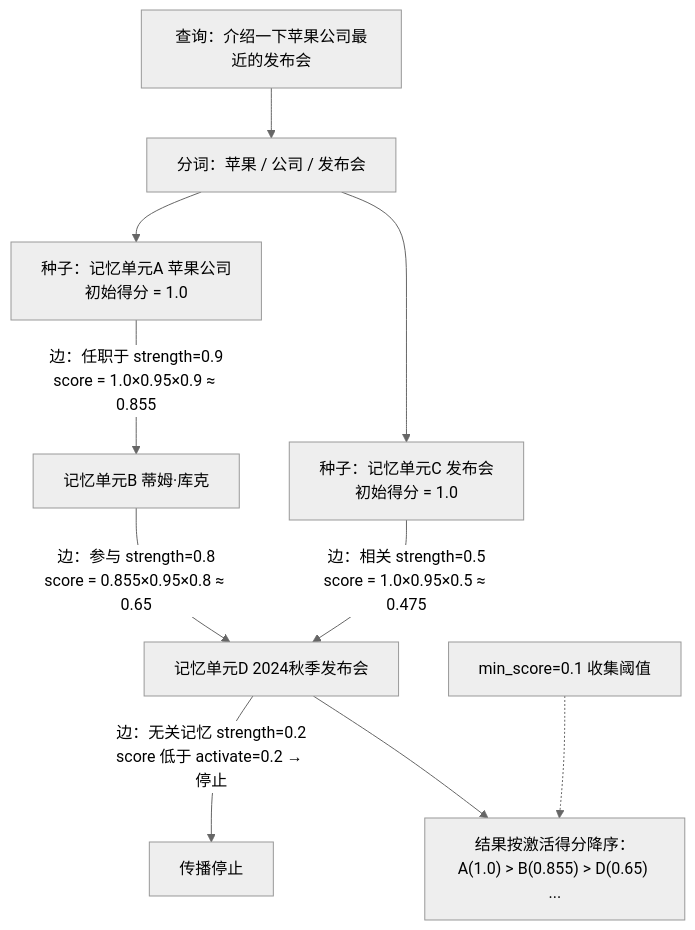
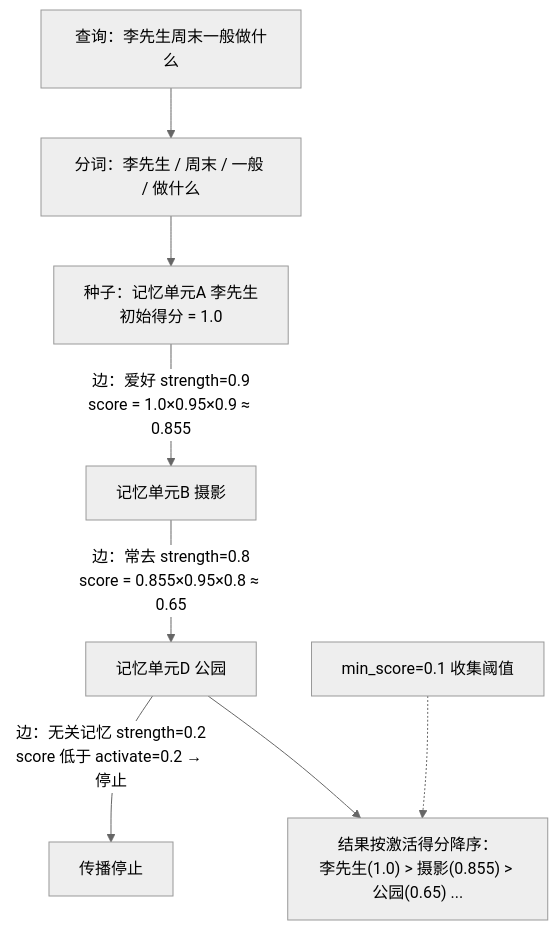
The third of 5 diagrams in .reasonix/patent/一种AI智能体仿生记忆装置和召回方法.md (agentic-data-ops/bionic-graph), drawn with Mermaid (neutral theme) before and after one commit. The commit also changed other lines of this file, not shown here.

````diff
--- a/.reasonix/patent/一种AI智能体仿生记忆装置和召回方法.md
+++ b/.reasonix/patent/一种AI智能体仿生记忆装置和召回方法.md
@@ -245,12 +245,10 @@
 ```mermaid
 flowchart TD
-    Q["查询：介绍一下苹果公司最近的发布会"] --> TK["分词：苹果 / 公司 / 发布会"]
-    TK --> S1["种子：记忆单元A 苹果公司<br/>初始得分 = 1.0"]
-    TK --> S2["种子：记忆单元C 发布会<br/>初始得分 = 1.0"]
-    S1 -- "边：任职于 strength=0.9<br/>score = 1.0×0.95×0.9 ≈ 0.855" --> B["记忆单元B 蒂姆·库克"]
-    B -- "边：参与 strength=0.8<br/>score = 0.855×0.95×0.8 ≈ 0.65" --> D["记忆单元D 2024秋季发布会"]
-    S2 -- "边：相关 strength=0.5<br/>score = 1.0×0.95×0.5 ≈ 0.475" --> D
+    Q["查询：李先生周末一般做什么"] --> TK["分词：李先生 / 周末 / 一般 / 做什么"]
+    TK --> S1["种子：记忆单元A 李先生<br/>初始得分 = 1.0"]
+    S1 -- "边：爱好 strength=0.9<br/>score = 1.0×0.95×0.9 ≈ 0.855" --> B["记忆单元B 摄影"]
+    B -- "边：常去 strength=0.8<br/>score = 0.855×0.95×0.8 ≈ 0.65" --> D["记忆单元D 公园"]
     D -- "边：无关记忆 strength=0.2<br/>score 低于 activate=0.2 → 停止" --> X["传播停止"]
-    D --> R["结果按激活得分降序：<br/>A(1.0) > B(0.855) > D(0.65) ..."]
+    D --> R["结果按激活得分降序：<br/>李先生(1.0) > 摄影(0.855) > 公园(0.65) ..."]
     R2["min_score=0.1 收集阈值"] -.-> R
 ```
````
